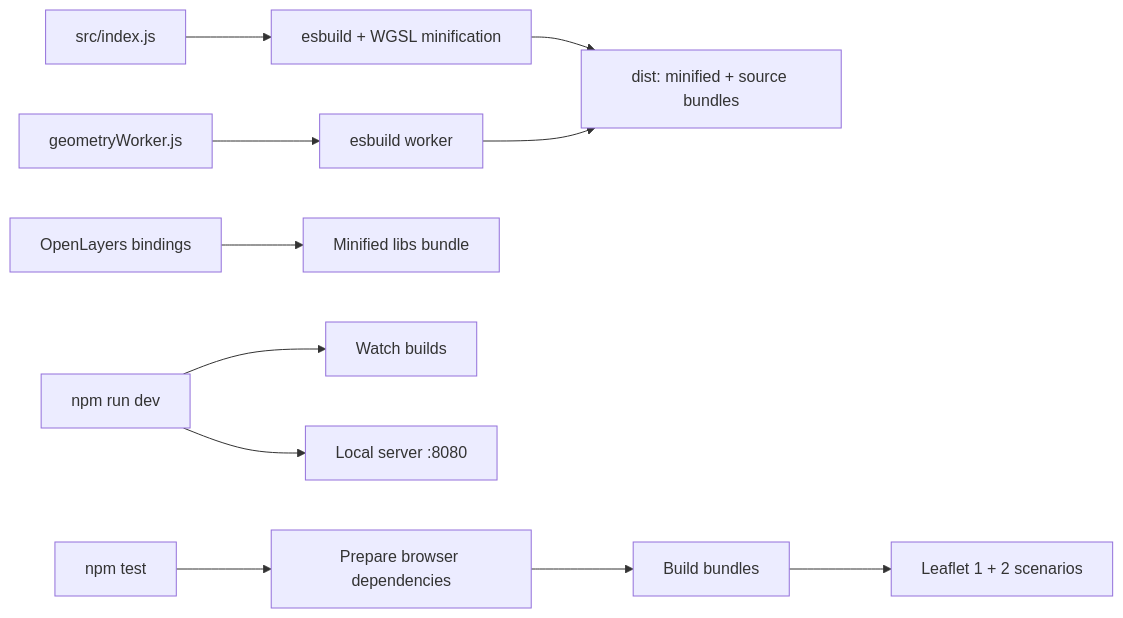
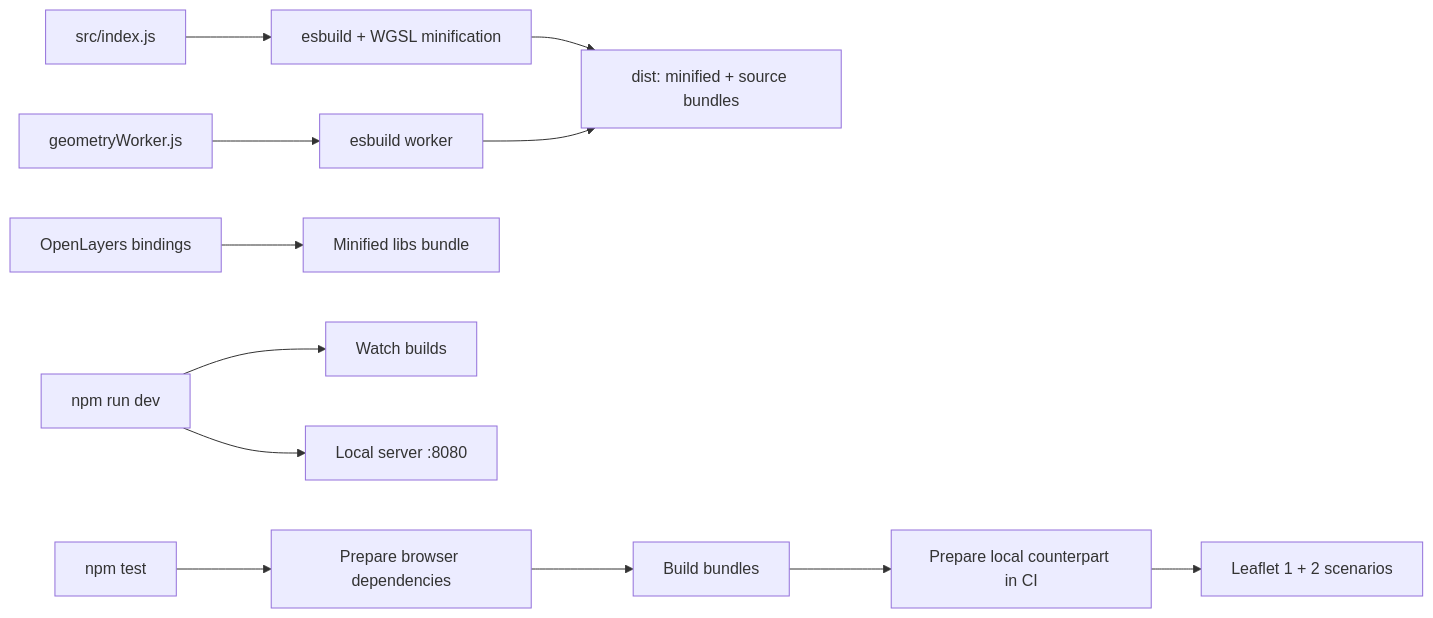
One commit to Raruto/leaflet-city-mapper changed the first of 2 diagrams in build/README.md. Above: the diagram before and after it, drawn with Mermaid. The commit also changed other lines of this file and 40 other files, not shown here.

````diff
--- a/build/README.md
+++ b/build/README.md
@@ -7,13 +7,14 @@
 ```mermaid
 flowchart LR
   Source["src/index.js"] --> Esbuild["esbuild + WGSL minification"]
   Worker["geometryWorker.js"] --> EsbuildWorker["esbuild worker"]
   Esbuild --> Dist["dist: minified + source bundles"]
   EsbuildWorker --> Dist
   Bindings["OpenLayers bindings"] --> Minify["Minified libs bundle"]
   Dev["npm run dev"] --> Watch["Watch builds"]
   Dev --> Server["Local server :8080"]
   Test["npm test"] --> Cache["Prepare browser dependencies"]
   Cache --> Build["Build bundles"]
-  Build --> Cucumber["Leaflet 1 + 2 scenarios"]
+  Build --> Integration["Prepare local counterpart in CI"]
+  Integration --> Cucumber["Leaflet 1 + 2 scenarios"]
 ```
````
